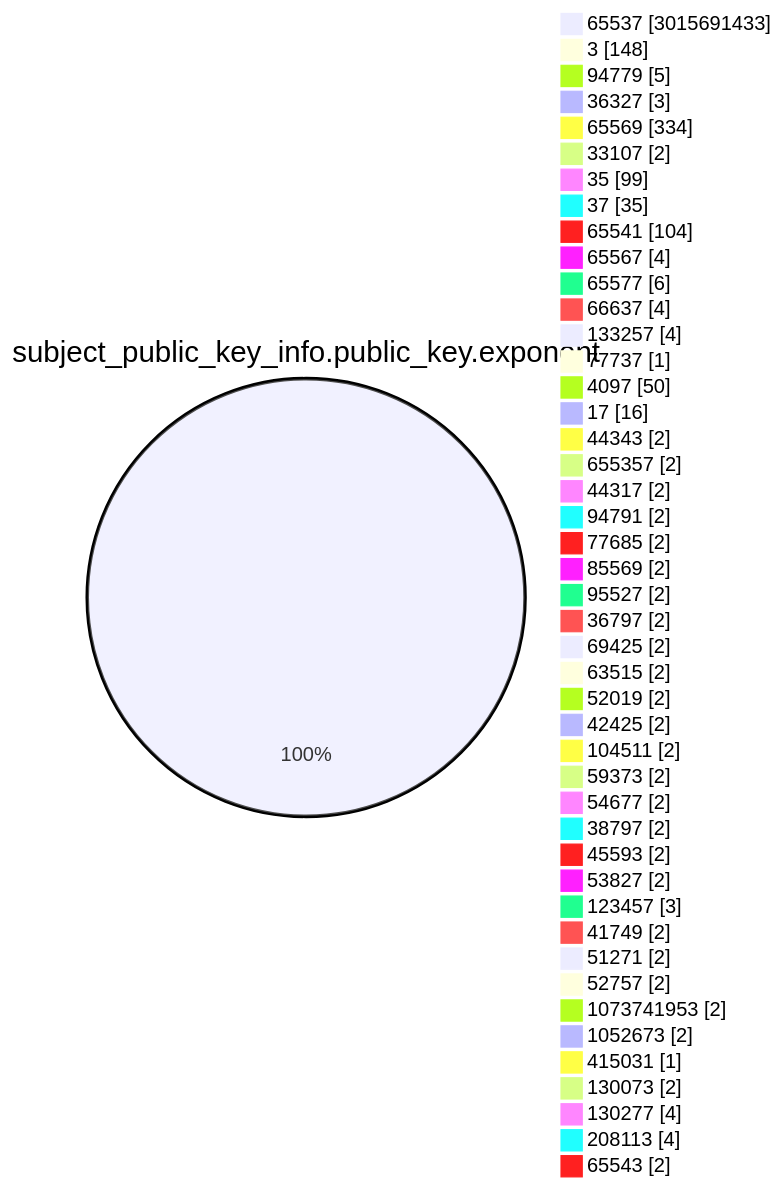
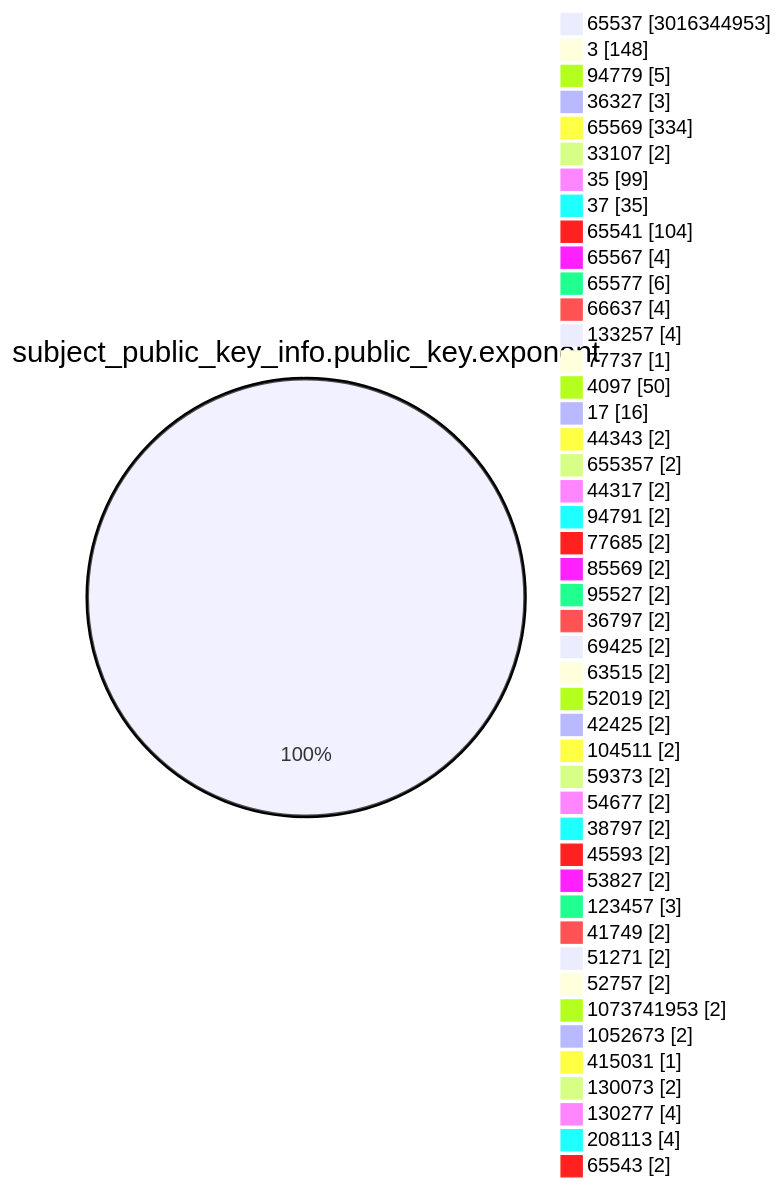
One commit to christiankrug/ctmonitor_visualization changed the fourth of 15 diagrams in TOTAL/README.md. Above: the diagram before and after it, drawn with Mermaid. The commit also changed other lines of this file, not shown here.

````diff
--- a/TOTAL/README.md
+++ b/TOTAL/README.md
@@ -1472,49 +1472,49 @@
 ```mermaid
 pie showData
 title subject_public_key_info.public_key.exponent
-"65537" :3015691433
+"65537" :3016344953
 "3" :148
 "94779" :5
 "36327" :3
 "65569" :334
 "33107" :2
 "35" :99
 "37" :35
 "65541" :104
 "65567" :4
 "65577" :6
 "66637" :4
 "133257" :4
 "77737" :1
 "4097" :50
 "17" :16
 "44343" :2
 "655357" :2
 "44317" :2
 "94791" :2
 "77685" :2
 "85569" :2
 "95527" :2
 "36797" :2
 "69425" :2
 "63515" :2
 "52019" :2
 "42425" :2
 "104511" :2
 "59373" :2
 "54677" :2
 "38797" :2
 "45593" :2
 "53827" :2
 "123457" :3
 "41749" :2
 "51271" :2
 "52757" :2
 "1073741953" :2
 "1052673" :2
 "415031" :1
 "130073" :2
 "130277" :4
 "208113" :4
 "65543" :2
 ```
````
